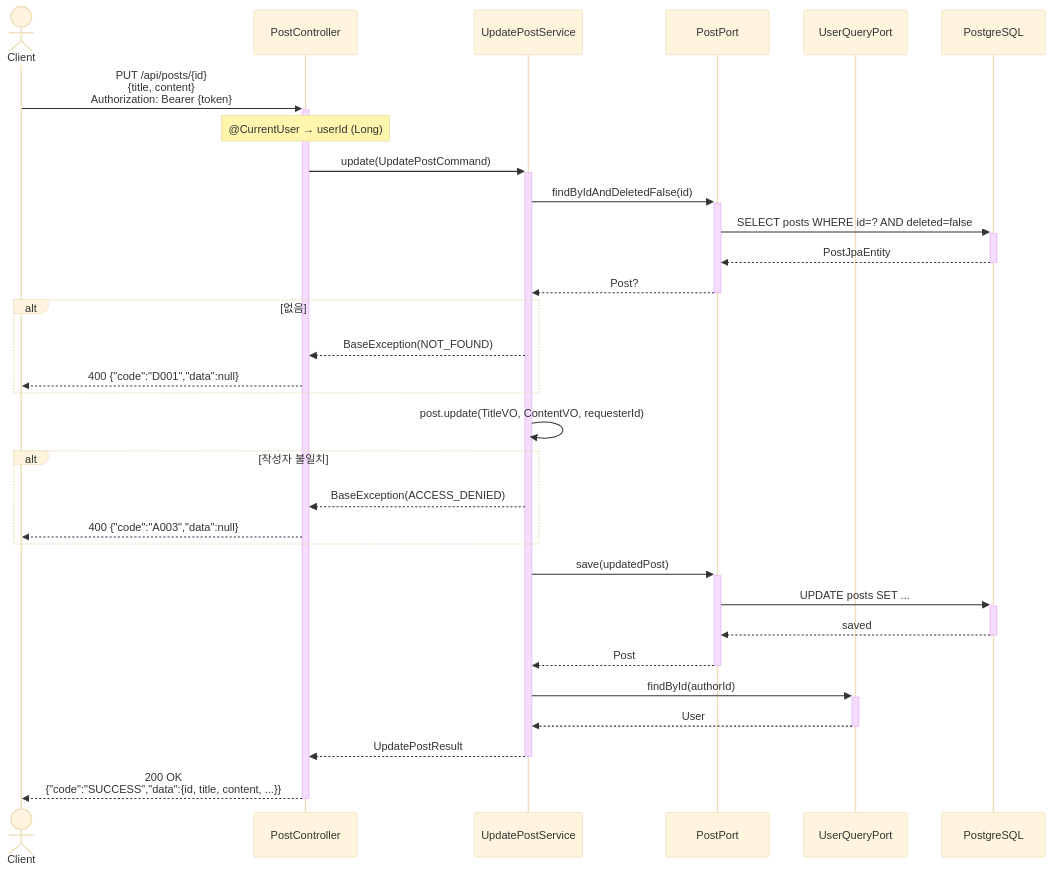
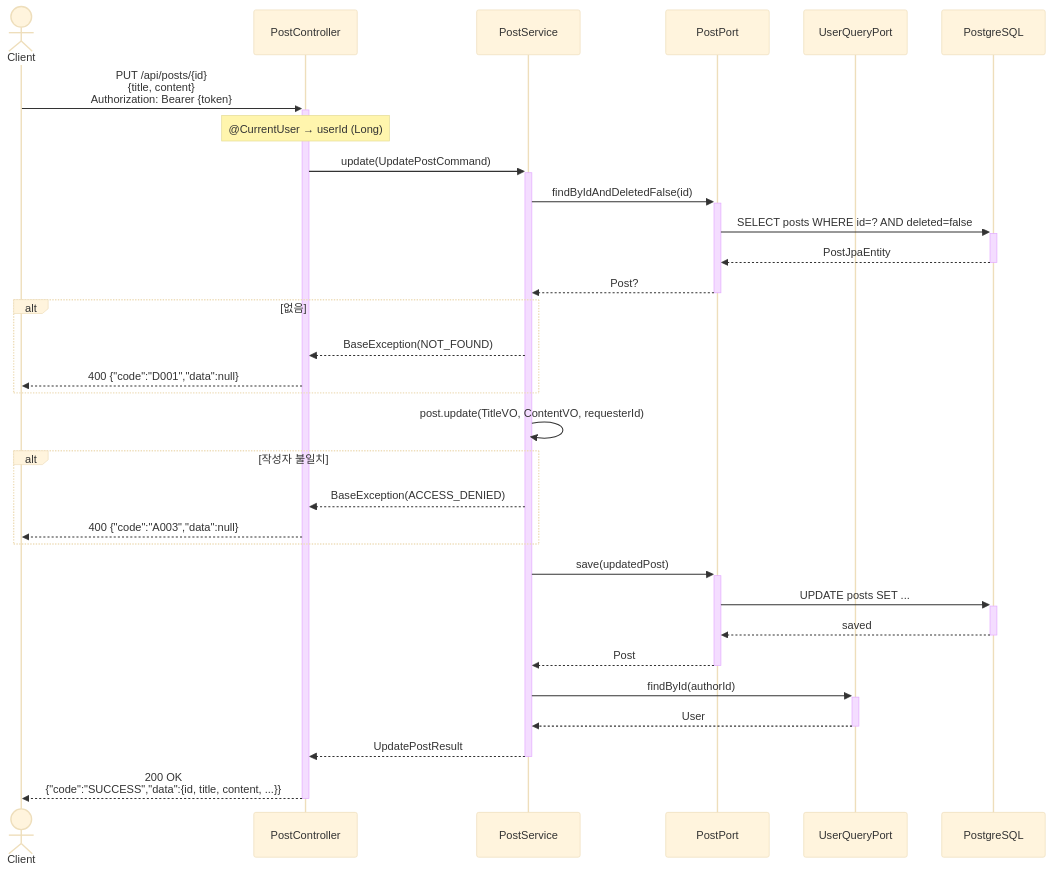
Before and after one commit to GoToOOP2/OOP: the sixth of 8 diagrams in docs/architecture/Post 설계문서.md, drawn with Mermaid (base theme). The commit also changed other lines of this file, not shown here.

Commit message:
docs : 설계 문서 시퀀스 다이어그램 PostService 통합 반영

````diff
--- a/docs/architecture/Post 설계문서.md
+++ b/docs/architecture/Post 설계문서.md
@@ -208,34 +208,34 @@
 ```mermaid
 sequenceDiagram
     actor Client
     participant C as PostController
-    participant S as UpdatePostService
+    participant S as PostService
     participant PP as PostPort
     participant UQP as UserQueryPort
     participant DB as PostgreSQL
 
     Client ->>+ C: PUT /api/posts/{id}<br/>{title, content}<br/>Authorization: Bearer {token}
     Note over C: @CurrentUser → userId (Long)
     C ->>+ S: update(UpdatePostCommand)
     S ->>+ PP: findByIdAndDeletedFalse(id)
     PP ->>+ DB: SELECT posts WHERE id=? AND deleted=false
     DB -->>- PP: PostJpaEntity
     PP -->>- S: Post?
     alt 없음
         S -->> C: BaseException(NOT_FOUND)
         C -->> Client: 400 {"code":"D001","data":null}
     end
     S ->> S: post.update(TitleVO, ContentVO, requesterId)
     alt 작성자 불일치
         S -->> C: BaseException(ACCESS_DENIED)
         C -->> Client: 400 {"code":"A003","data":null}
     end
     S ->>+ PP: save(updatedPost)
     PP ->>+ DB: UPDATE posts SET ...
     DB -->>- PP: saved
     PP -->>- S: Post
     S ->>+ UQP: findById(authorId)
     UQP -->>- S: User
     S -->>- C: UpdatePostResult
     C -->>- Client: 200 OK<br/>{"code":"SUCCESS","data":{id, title, content, ...}}
 ```
````
